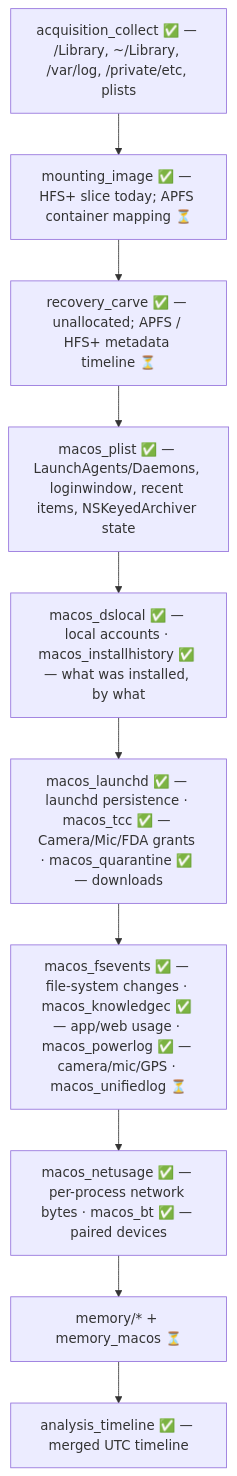
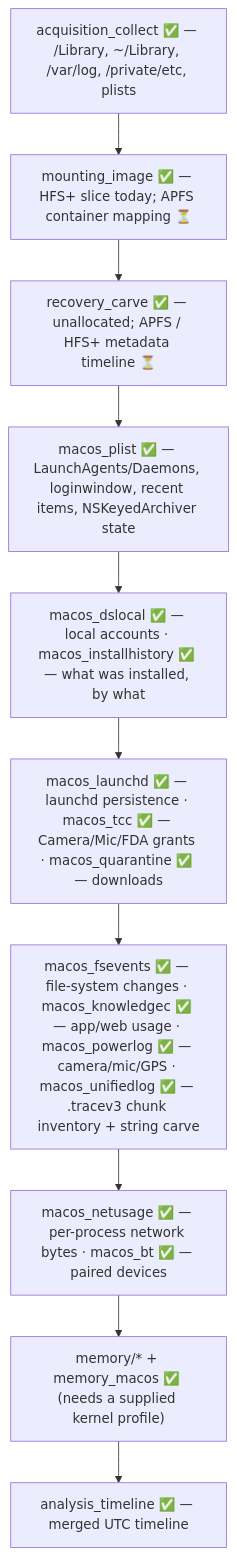
The fourth of 4 diagrams in README.md (mostafaimam/Forensics-Tools), drawn with Mermaid before and after one commit. The commit also changed other lines of this file, not shown here.

````diff
--- a/README.md
+++ b/README.md
@@ -571,12 +621,12 @@
 ```mermaid
 flowchart TD
     A["acquisition_collect ✅ — /Library, ~/Library, /var/log, /private/etc, plists"] --> B["mounting_image ✅ — HFS+ slice today; APFS container mapping ⏳"]
     B --> C["recovery_carve ✅ — unallocated; APFS / HFS+ metadata timeline ⏳"]
     C --> D["macos_plist ✅ — LaunchAgents/Daemons, loginwindow, recent items, NSKeyedArchiver state"]
     D --> DS["macos_dslocal ✅ — local accounts · macos_installhistory ✅ — what was installed, by what"]
     DS --> E["macos_launchd ✅ — launchd persistence · macos_tcc ✅ — Camera/Mic/FDA grants · macos_quarantine ✅ — downloads"]
-    E --> F["macos_fsevents ✅ — file-system changes · macos_knowledgec ✅ — app/web usage · macos_powerlog ✅ — camera/mic/GPS · macos_unifiedlog ⏳"]
+    E --> F["macos_fsevents ✅ — file-system changes · macos_knowledgec ✅ — app/web usage · macos_powerlog ✅ — camera/mic/GPS · macos_unifiedlog ✅ — .tracev3 chunk inventory + string carve"]
     F --> NB["macos_netusage ✅ — per-process network bytes · macos_bt ✅ — paired devices"]
-    NB --> G["memory/* + memory_macos ⏳"]
+    NB --> G["memory/* + memory_macos ✅ (needs a supplied kernel profile)"]
     G --> H["analysis_timeline ✅ — merged UTC timeline"]
 ```
````
